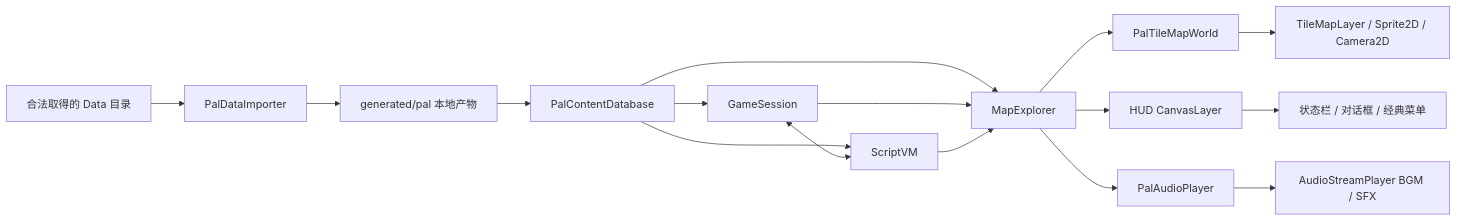
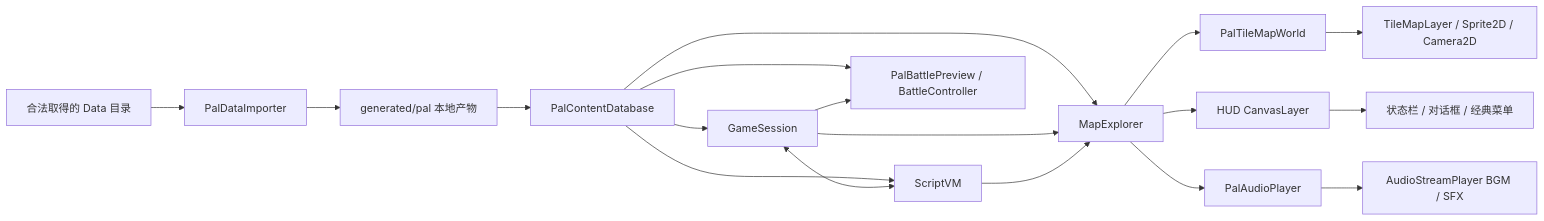
One commit to 1xuanyuan1/sword-godot changed the first of 2 diagrams in docs/ARCHITECTURE.md. Above: the diagram before and after it, drawn with Mermaid. The commit also changed other lines of this file and 25 other files, not shown here.

Commit message:
feat: add classic battle content preview

````diff
--- a/docs/ARCHITECTURE.md
+++ b/docs/ARCHITECTURE.md
@@ -5,18 +5,20 @@
 ```mermaid
 flowchart LR
     A[合法取得的 Data 目录] --> B[PalDataImporter]
     B --> C[generated/pal 本地产物]
     C --> D[PalContentDatabase]
     D --> E[GameSession]
     D --> F[ScriptVM]
     E <--> F
     D --> G[MapExplorer]
+    D --> O[PalBattlePreview / BattleController]
+    E --> O
     E --> G
     F --> G
     G --> H[PalTileMapWorld]
     G --> I[HUD CanvasLayer]
     I --> K[状态栏 / 对话框 / 经典菜单]
     H --> J[TileMapLayer / Sprite2D / Camera2D]
     G --> L[PalAudioPlayer]
     L --> N[AudioStreamPlayer BGM / SFX]
 ```
````
